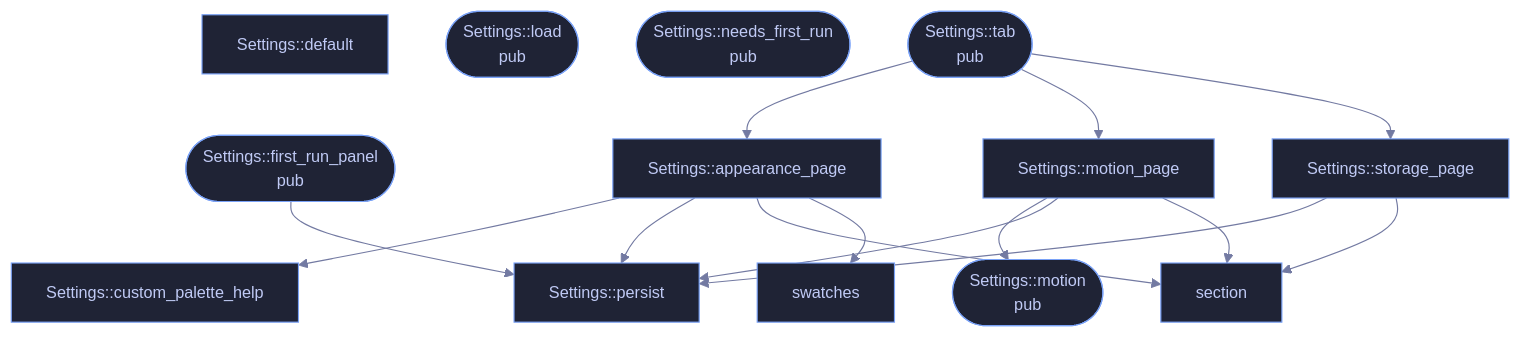
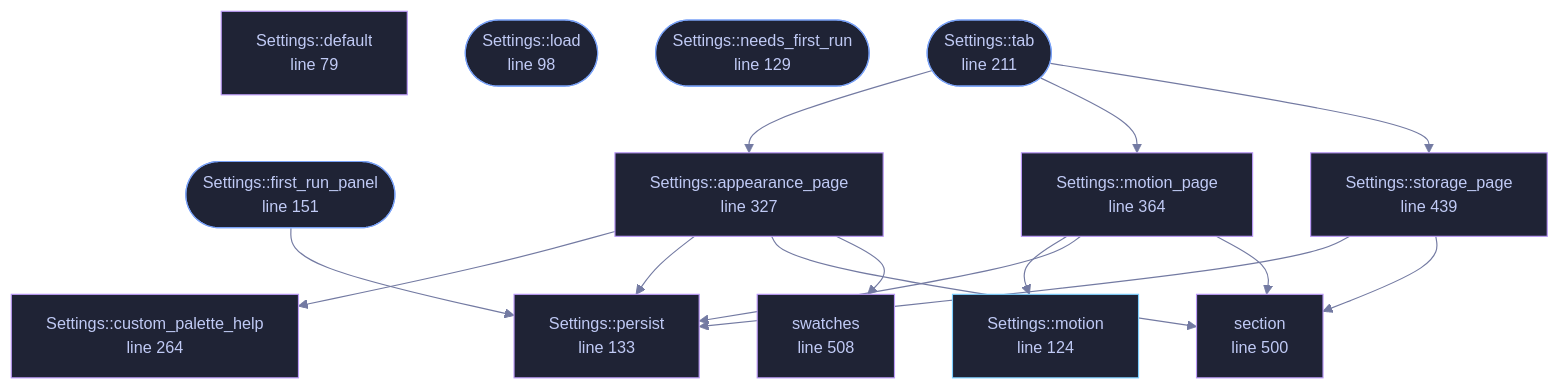
One commit to tilas01/veilvoice changed the diagram in docs/files/veilvoice-gui/settings.md. Above: the diagram before and after it, drawn with Mermaid. The commit also changed other lines of this file and 182 other files, not shown here.

````diff
--- a/docs/files/veilvoice-gui/settings.md
+++ b/docs/files/veilvoice-gui/settings.md
@@ -57,30 +78,36 @@
 ```mermaid
 %%{init: {"theme":"base","themeVariables":{"background":"#1a1b26","primaryColor":"#1f2335","primaryTextColor":"#c0caf5","primaryBorderColor":"#7aa2f7","secondaryColor":"#16161e","tertiaryColor":"#16161e","lineColor":"#737aa2","textColor":"#c0caf5","mainBkg":"#1f2335","nodeBorder":"#7aa2f7","clusterBkg":"#16161e","clusterBorder":"#2f3549","fontFamily":"ui-monospace, SFMono-Regular, Consolas, monospace","fontSize":"14px"}}}%%
 flowchart TD
-    n_default["Settings::default"]
-    n_load(["Settings::load<br/>pub"])
-    n_motion(["Settings::motion<br/>pub"])
-    n_needs_first_run(["Settings::needs_first_run<br/>pub"])
-    n_persist["Settings::persist"]
-    n_first_run_panel(["Settings::first_run_panel<br/>pub"])
-    n_tab(["Settings::tab<br/>pub"])
-    n_custom_palette_help["Settings::custom_palette_help"]
-    n_appearance_page["Settings::appearance_page"]
-    n_motion_page["Settings::motion_page"]
-    n_storage_page["Settings::storage_page"]
-    n_section["section"]
-    n_swatches["swatches"]
+    n_default["Settings::default<br/>line 79"]
+    n_load(["Settings::load<br/>line 98"])
+    n_motion["Settings::motion<br/>line 124"]
+    n_needs_first_run(["Settings::needs_first_run<br/>line 129"])
+    n_persist["Settings::persist<br/>line 133"]
+    n_first_run_panel(["Settings::first_run_panel<br/>line 151"])
+    n_tab(["Settings::tab<br/>line 211"])
+    n_custom_palette_help["Settings::custom_palette_help<br/>line 264"]
+    n_appearance_page["Settings::appearance_page<br/>line 327"]
+    n_motion_page["Settings::motion_page<br/>line 364"]
+    n_storage_page["Settings::storage_page<br/>line 439"]
+    n_section["section<br/>line 500"]
+    n_swatches["swatches<br/>line 508"]
     n_appearance_page --> n_custom_palette_help
     n_appearance_page --> n_persist
     n_appearance_page --> n_section
     n_appearance_page --> n_swatches
     n_first_run_panel --> n_persist
     n_motion_page --> n_motion
     n_motion_page --> n_persist
     n_motion_page --> n_section
     n_storage_page --> n_persist
     n_storage_page --> n_section
     n_tab --> n_appearance_page
     n_tab --> n_motion_page
     n_tab --> n_storage_page
+    classDef entry fill:#1f2335,stroke:#7aa2f7,color:#c0caf5
+    class n_load,n_needs_first_run,n_first_run_panel,n_tab entry
+    classDef api fill:#1f2335,stroke:#7dcfff,color:#c0caf5
+    class n_motion api
+    classDef helper fill:#1f2335,stroke:#bb9af7,color:#c0caf5
+    class n_default,n_persist,n_custom_palette_help,n_appearance_page,n_motion_page,n_storage_page,n_section,n_swatches helper
 ```
````
